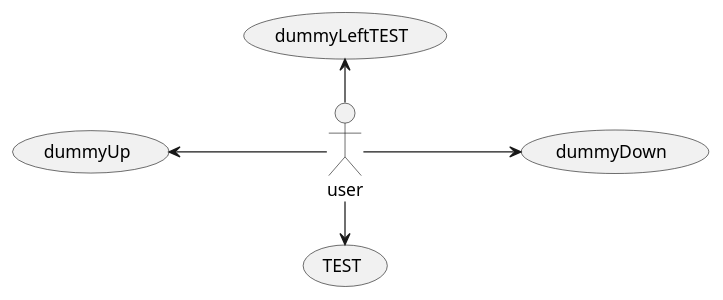
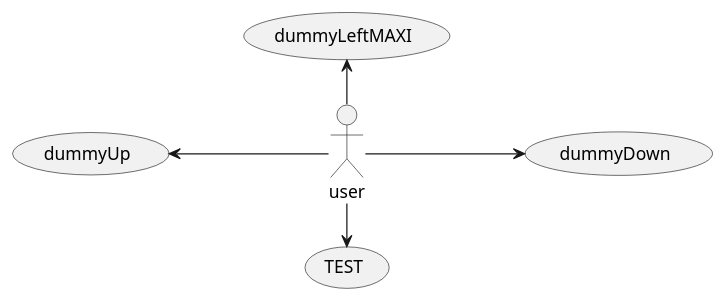
One commit to Martin-Hausleitner/plantuml-markdown changed the diagram in example.plantuml. Above: the diagram before and after it, drawn with PlantUML.

Commit message:
label changed to MAXI

```diff
--- a/example.plantuml
+++ b/example.plantuml
@@ -3,8 +3,8 @@
 @startuml
 
 left to right direction
-:user: -left-> (dummyLeftTEST)
+:user: -left-> (dummyLeftMAXI)
 :user: -right-> (TEST)
 :user: -up-> (dummyUp)
 :user: -down-> (dummyDown)
 @enduml
```
